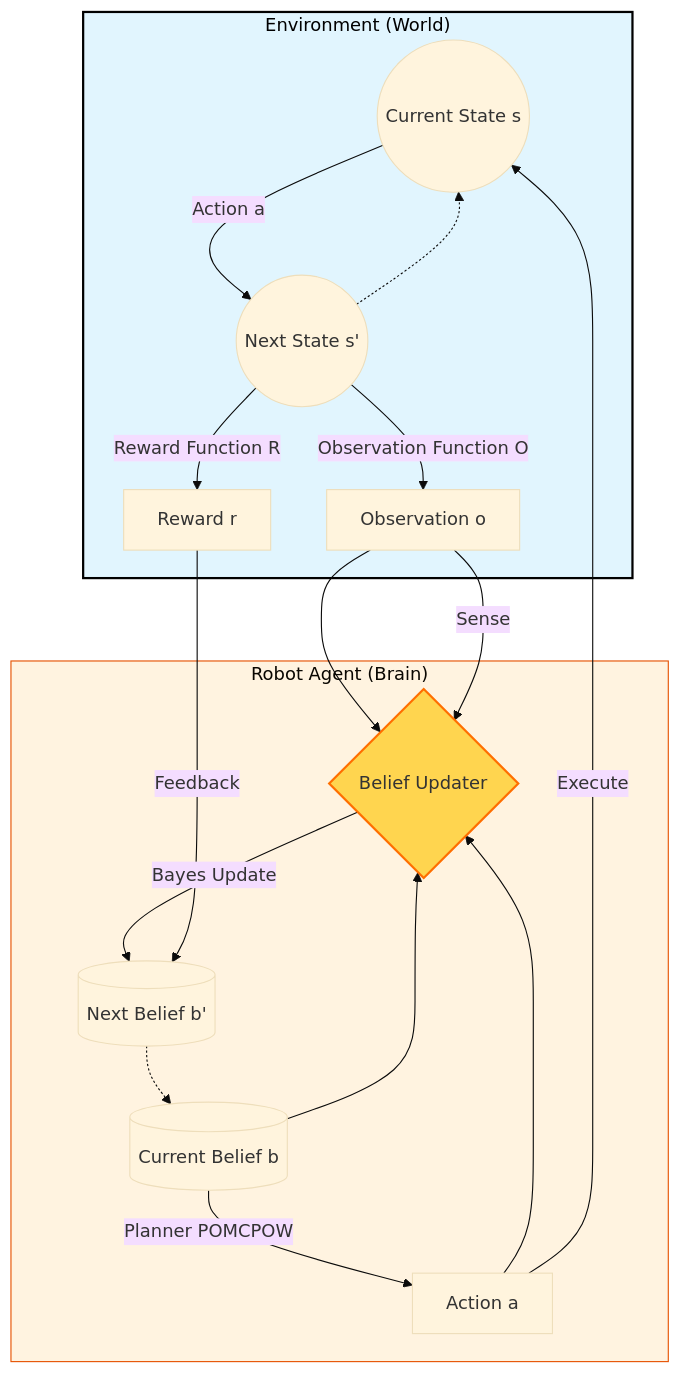
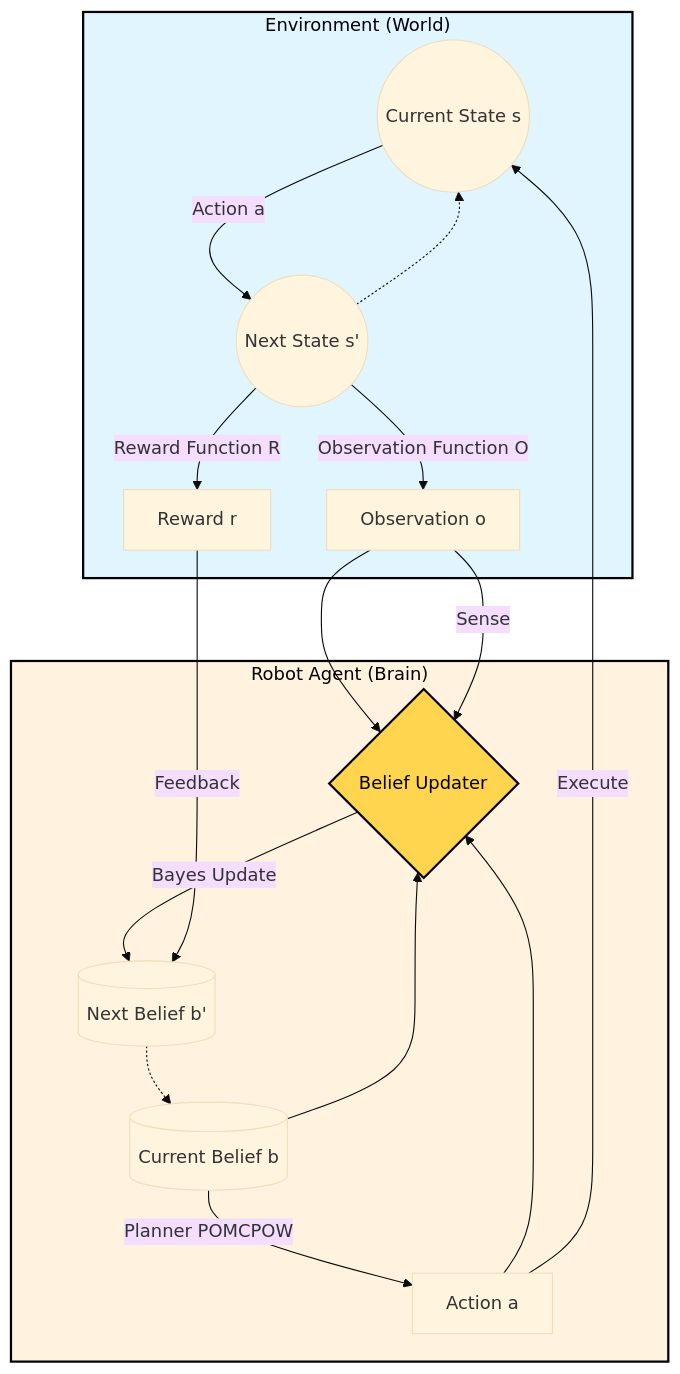
Before and after one commit to hoashalarajh/Partially-Observable-Markov-Decision-Process-based-Robot-Decision-Making: the second of 2 diagrams in README.md, drawn with Mermaid (base theme).

Commit message:
Update styling for Agent and Updater in README

````diff
--- a/README.md
+++ b/README.md
@@ -89,31 +89,31 @@
 ```mermaid
 graph TD
     subgraph Environment ["Environment (World)"]
         s_curr((Current State s)) -->|Action a| s_next((Next State s'))
         s_next -->|Observation Function O| o[Observation o]
         s_next -->|Reward Function R| r[Reward r]
     end
 
     subgraph Agent ["Robot Agent (Brain)"]
         b_curr[(Current Belief b)] -->|Planner POMCPOW| a[Action a]
         o --> Updater{Belief Updater}
         a --> Updater
         b_curr --> Updater
         Updater -->|Bayes Update| b_next[(Next Belief b')]
     end
 
     %% Connections between Agent and Environment
     a -->|Execute| s_curr
     o -->|Sense| Updater
     r -->|Feedback| b_next
 
     %% The Loop Connection
     b_next -.-> b_curr
     s_next -.-> s_curr
 
     %% Styling
     %% I added 'color:black' (text) and 'stroke:black' (border) to Environment
     style Environment fill:#e1f5fe,stroke:black,stroke-width:2px,color:black
-    style Agent fill:#fff3e0,stroke:#e65100
-    style Updater fill:#ffd54f,stroke:#ff6f00,stroke-width:2px
+    style Agent fill:#fff3e0,stroke:black,stroke-width:2px,color:black
+    style Updater fill:#ffd54f,stroke:black,stroke-width:2px,color:black
 ```
````
